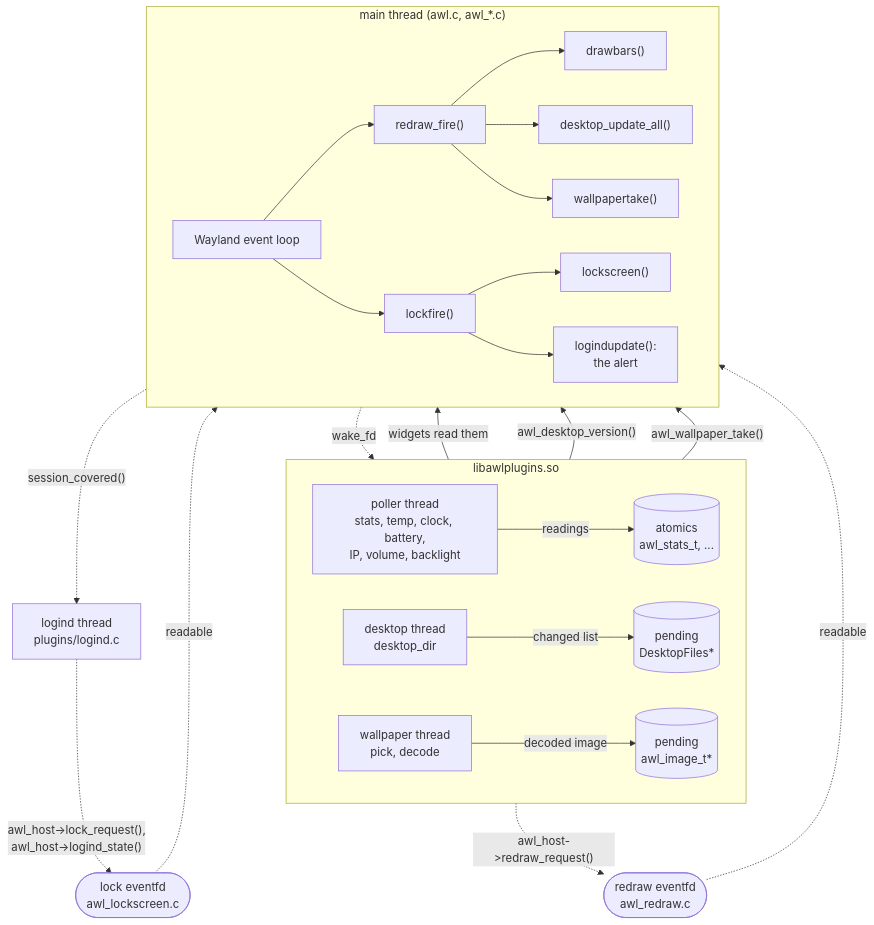
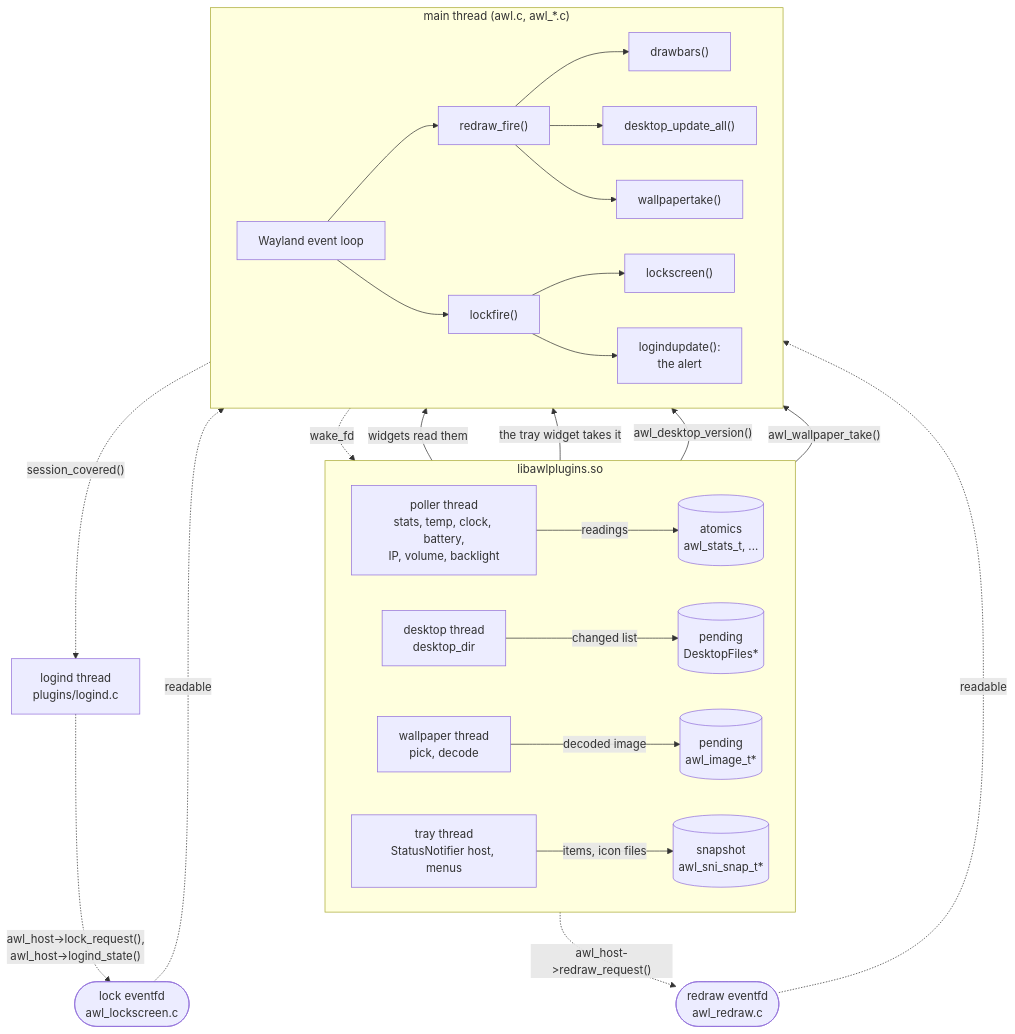
Before and after one commit to alcubierre-drive/awl: the first of 7 diagrams in doc/threads.rst, drawn with Mermaid. The commit also changed other lines of this file and 38 other files, not shown here.

```diff
--- a/doc/threads.rst
+++ b/doc/threads.rst
@@ -100,32 +103,34 @@
 .. mermaid::
 
    flowchart TB
      subgraph lib["libawlplugins.so"]
        direction LR
        poller["poller thread<br/>stats, temp, clock, battery,<br/>IP, volume, backlight"] -- "readings" --> atomics[("atomics<br/>awl_stats_t, ...")]
        scanner["desktop thread<br/>desktop_dir"] -- "changed list" --> pending[("pending<br/>DesktopFiles*")]
        changer["wallpaper thread<br/>pick, decode"] -- "decoded image" --> image[("pending<br/>awl_image_t*")]
+       tray["tray thread<br/>StatusNotifier host, menus"] -- "items, icon files" --> snap[("snapshot<br/>awl_sni_snap_t*")]
      end
      logind["logind thread<br/>plugins/logind.c"]
      redraw(["redraw eventfd<br/>awl_redraw.c"])
      lockfd(["lock eventfd<br/>awl_lockscreen.c"])
      subgraph main["main thread (awl.c, awl_*.c)"]
        direction LR
        loop["Wayland event loop"] --> fire["redraw_fire()"]
        fire --> bars["drawbars()"]
        fire --> panels["desktop_update_all()"]
        fire --> wp["wallpapertake()"]
        loop --> lockfire["lockfire()"]
        lockfire --> lockscreen["lockscreen()"]
        lockfire --> logindupdate["logindupdate():<br/>the alert"]
      end
 
      lib -. "awl_host->redraw_request()" .-> redraw
      redraw -. "readable" .-> loop
      logind -. "awl_host->lock_request(),<br/>awl_host->logind_state()" .-> lockfd
      lockfd -. "readable" .-> loop
      main -. "session_covered()" .-> logind
      atomics -- "widgets read them" --> bars
+     snap -- "the tray widget takes it" --> bars
      pending -- "awl_desktop_version()" --> panels
      image -- "awl_wallpaper_take()" --> wp
      main -. "wake_fd" .-> lib
```
